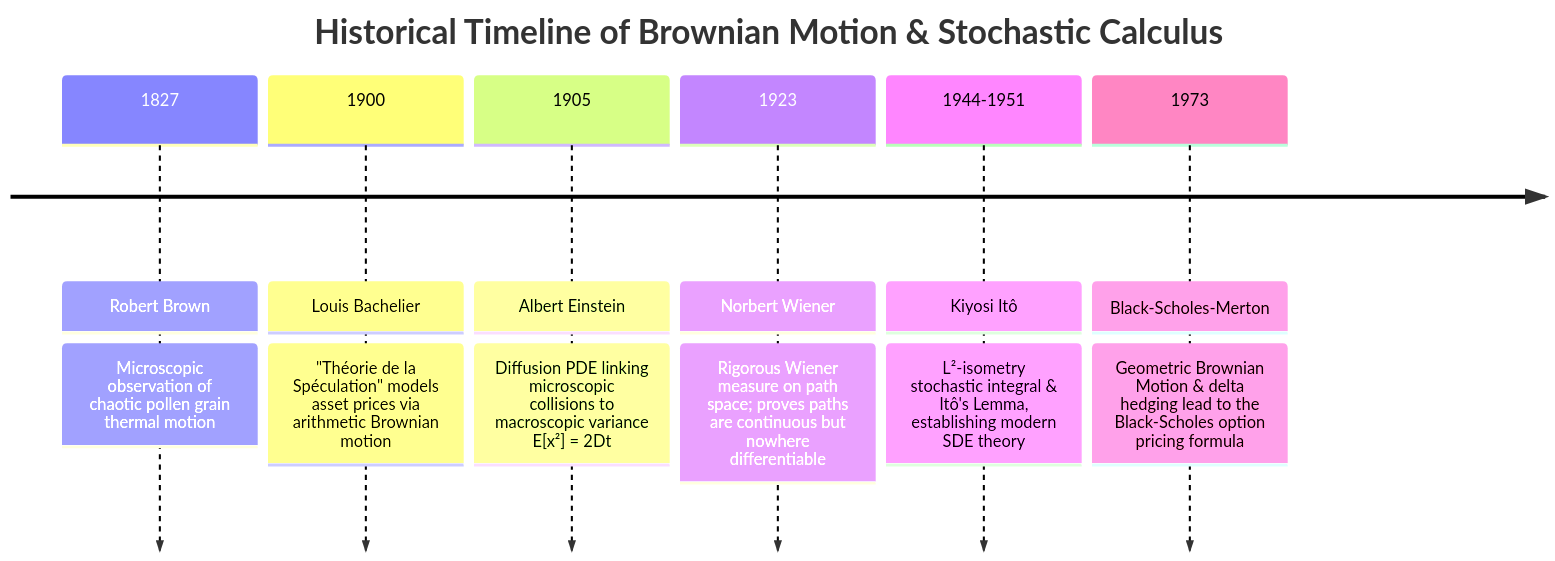
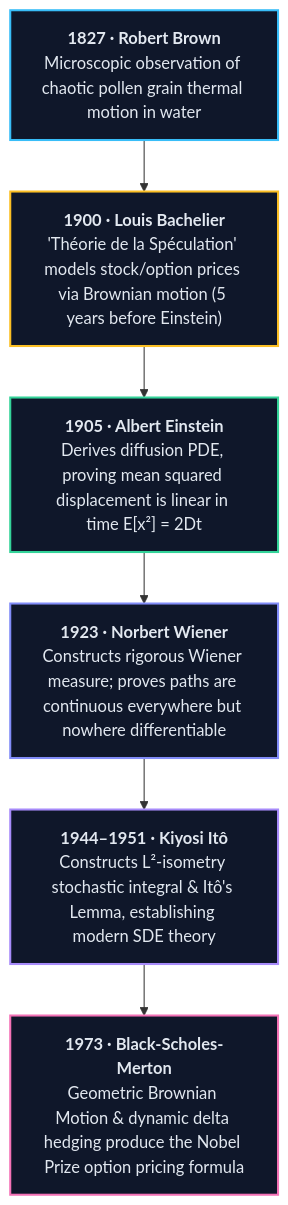
Before and after one commit to CurryTang/mlphdinterview: the first of 3 diagrams in notes/quant/Quant12 Brownian Motion Ito Calculus Stopping Times and Options.en.md, drawn with Mermaid. The commit also changed 1 other file, not shown here.

Commit message:
fix(quant): replace horizontal timeline with clean vertical graph TD flowchart to eliminate text overlap

````diff
--- a/notes/quant/Quant12 Brownian Motion Ito Calculus Stopping Times and Options.en.md
+++ b/notes/quant/Quant12 Brownian Motion Ito Calculus Stopping Times and Options.en.md
@@ -143,16 +143,18 @@
 ```mermaid
-timeline
-    title Historical Timeline of Brownian Motion & Stochastic Calculus
-    1827 : Robert Brown
-         : Microscopic observation of chaotic pollen grain thermal motion
-    1900 : Louis Bachelier
-         : "Théorie de la Spéculation" models asset prices via arithmetic Brownian motion
-    1905 : Albert Einstein
-         : Diffusion PDE linking microscopic collisions to macroscopic variance E[x²] = 2Dt
-    1923 : Norbert Wiener
-         : Rigorous Wiener measure on path space; proves paths are continuous but nowhere differentiable
-    1944-1951 : Kiyosi Itô
-         : L²-isometry stochastic integral & Itô's Lemma, establishing modern SDE theory
-    1973 : Black-Scholes-Merton
-         : Geometric Brownian Motion & delta hedging lead to the Black-Scholes option pricing formula
+graph TD
+    T1["<b>1827 · Robert Brown</b><br/>Microscopic observation of chaotic pollen grain thermal motion in water"]
+    T2["<b>1900 · Louis Bachelier</b><br/>'Théorie de la Spéculation' models stock/option prices via Brownian motion (5 years before Einstein)"]
+    T3["<b>1905 · Albert Einstein</b><br/>Derives diffusion PDE, proving mean squared displacement is linear in time E[x²] = 2Dt"]
+    T4["<b>1923 · Norbert Wiener</b><br/>Constructs rigorous Wiener measure; proves paths are continuous everywhere but nowhere differentiable"]
+    T5["<b>1944–1951 · Kiyosi Itô</b><br/>Constructs L²-isometry stochastic integral & Itô's Lemma, establishing modern SDE theory"]
+    T6["<b>1973 · Black-Scholes-Merton</b><br/>Geometric Brownian Motion & dynamic delta hedging produce the Nobel Prize option pricing formula"]
+
+    T1 --> T2 --> T3 --> T4 --> T5 --> T6
+
+    style T1 fill:#0f172a,stroke:#38bdf8,stroke-width:2px,color:#e2e8f0
+    style T2 fill:#0f172a,stroke:#fbbf24,stroke-width:2px,color:#e2e8f0
+    style T3 fill:#0f172a,stroke:#34d399,stroke-width:2px,color:#e2e8f0
+    style T4 fill:#0f172a,stroke:#818cf8,stroke-width:2px,color:#e2e8f0
+    style T5 fill:#0f172a,stroke:#a78bfa,stroke-width:2px,color:#e2e8f0
+    style T6 fill:#0f172a,stroke:#f472b6,stroke-width:2px,color:#e2e8f0
 ```
````
